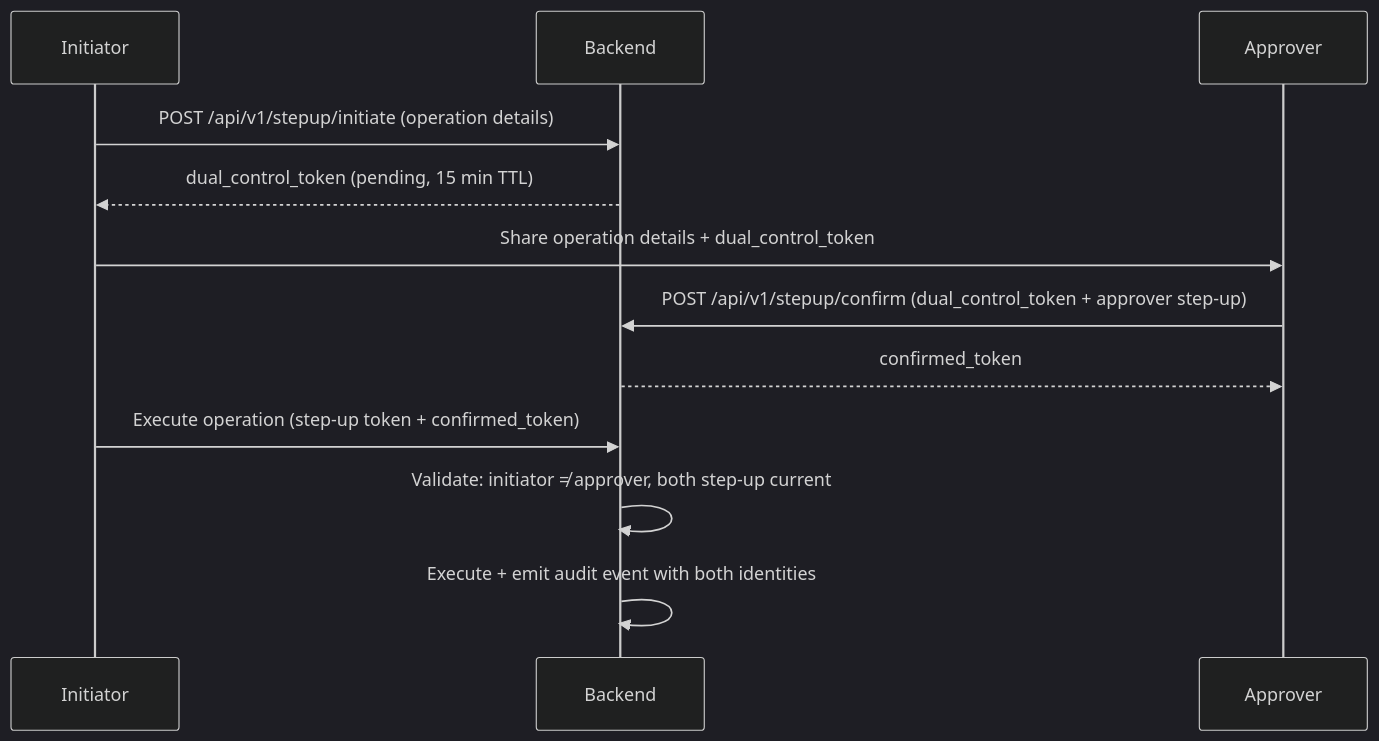
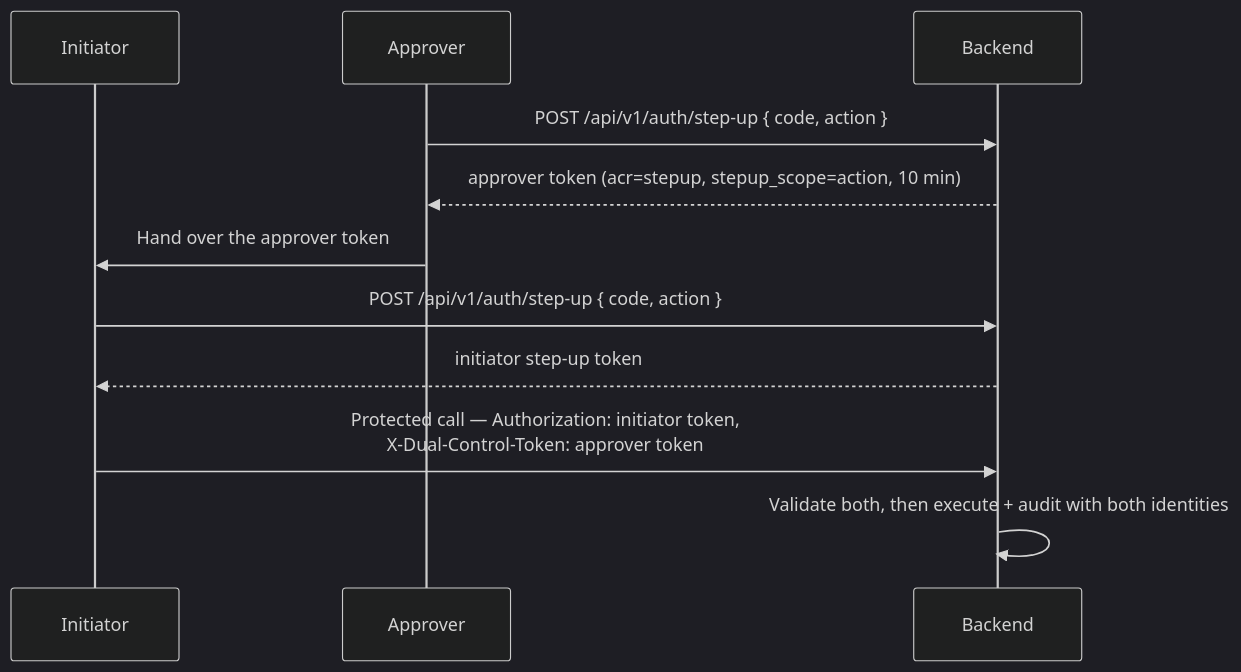
Before and after one commit to makibytes/registerwerk: the diagram in docs/compliance/step-up-mfa.md, drawn with Mermaid (dark theme). The commit also changed other lines of this file and 121 other files, not shown here.

````diff
--- a/docs/compliance/step-up-mfa.md
+++ b/docs/compliance/step-up-mfa.md
@@ -68,15 +129,14 @@
 ```mermaid
 sequenceDiagram
     participant Initiator
+    participant Approver
     participant Backend
-    participant Approver
 
-    Initiator->>Backend: POST /api/v1/stepup/initiate (operation details)
-    Backend-->>Initiator: dual_control_token (pending, 15 min TTL)
-    Initiator->>Approver: Share operation details + dual_control_token
-    Approver->>Backend: POST /api/v1/stepup/confirm (dual_control_token + approver step-up)
-    Backend-->>Approver: confirmed_token
-    Initiator->>Backend: Execute operation (step-up token + confirmed_token)
-    Backend->>Backend: Validate: initiator ≠ approver, both step-up current
-    Backend->>Backend: Execute + emit audit event with both identities
+    Approver->>Backend: POST /api/v1/auth/step-up { code, action }
+    Backend-->>Approver: approver token (acr=stepup, stepup_scope=action, 10 min)
+    Approver->>Initiator: Hand over the approver token
+    Initiator->>Backend: POST /api/v1/auth/step-up { code, action }
+    Backend-->>Initiator: initiator step-up token
+    Initiator->>Backend: Protected call — Authorization: initiator token,<br/>X-Dual-Control-Token: approver token
+    Backend->>Backend: Validate both, then execute + audit with both identities
 ```
````
